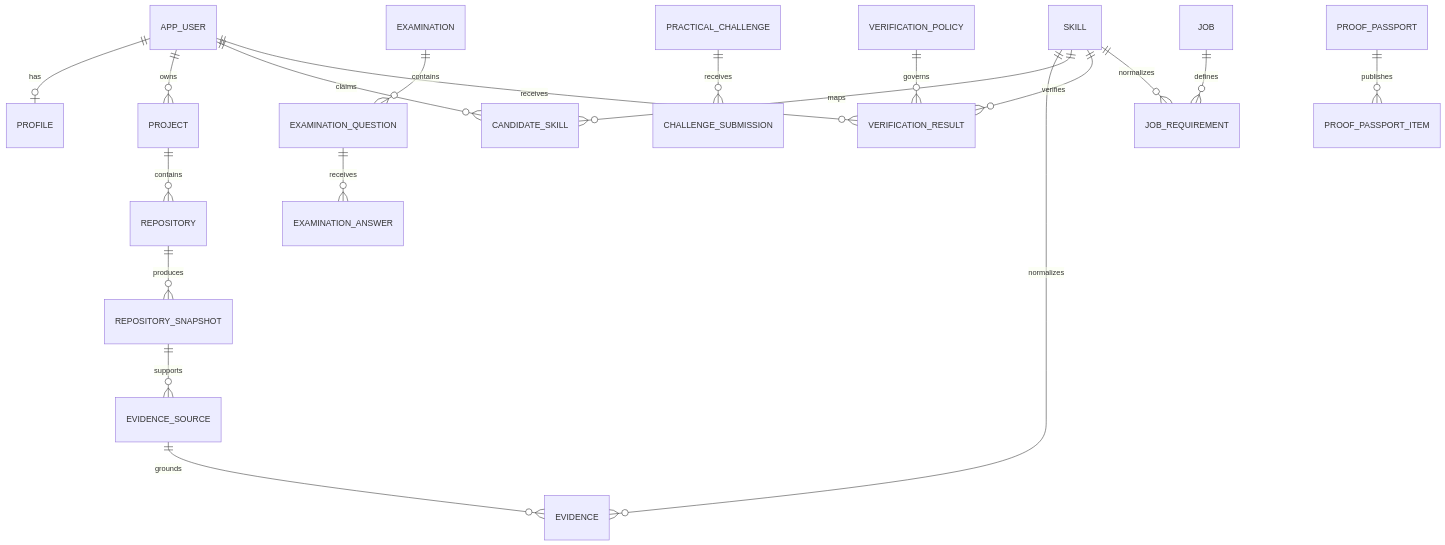
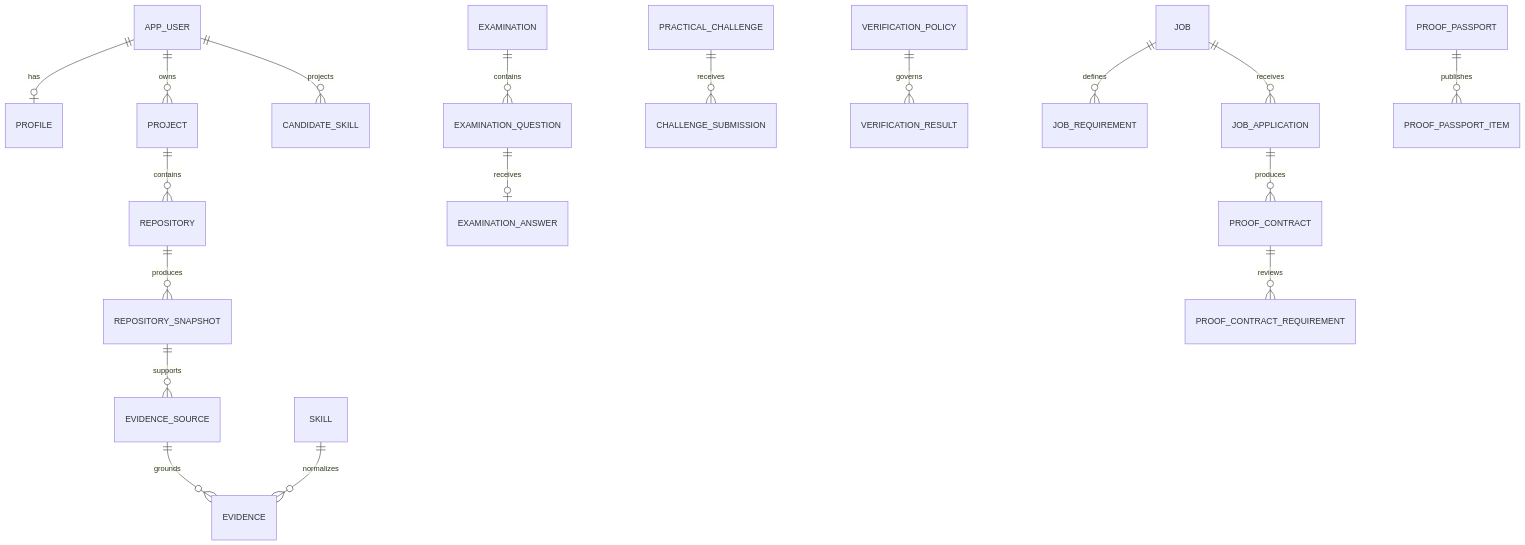
Before and after one commit to theaspirant221/SKILL-LINK: the diagram in docs/database-schema.md, drawn with Mermaid. The commit also changed other lines of this file and 107 other files, not shown here.

````diff
--- a/docs/database-schema.md
+++ b/docs/database-schema.md
@@ -7,21 +11,20 @@
 ```mermaid
 erDiagram
   APP_USER ||--o| PROFILE : has
   APP_USER ||--o{ PROJECT : owns
   PROJECT ||--o{ REPOSITORY : contains
   REPOSITORY ||--o{ REPOSITORY_SNAPSHOT : produces
   REPOSITORY_SNAPSHOT ||--o{ EVIDENCE_SOURCE : supports
   EVIDENCE_SOURCE ||--o{ EVIDENCE : grounds
   SKILL ||--o{ EVIDENCE : normalizes
-  APP_USER ||--o{ CANDIDATE_SKILL : claims
-  SKILL ||--o{ CANDIDATE_SKILL : maps
+  APP_USER ||--o{ CANDIDATE_SKILL : projects
   EXAMINATION ||--o{ EXAMINATION_QUESTION : contains
-  EXAMINATION_QUESTION ||--o{ EXAMINATION_ANSWER : receives
+  EXAMINATION_QUESTION ||--o| EXAMINATION_ANSWER : receives
   PRACTICAL_CHALLENGE ||--o{ CHALLENGE_SUBMISSION : receives
   VERIFICATION_POLICY ||--o{ VERIFICATION_RESULT : governs
-  APP_USER ||--o{ VERIFICATION_RESULT : receives
-  SKILL ||--o{ VERIFICATION_RESULT : verifies
   JOB ||--o{ JOB_REQUIREMENT : defines
-  SKILL ||--o{ JOB_REQUIREMENT : normalizes
+  JOB ||--o{ JOB_APPLICATION : receives
+  JOB_APPLICATION ||--o{ PROOF_CONTRACT : produces
+  PROOF_CONTRACT ||--o{ PROOF_CONTRACT_REQUIREMENT : reviews
   PROOF_PASSPORT ||--o{ PROOF_PASSPORT_ITEM : publishes
 ```
````
